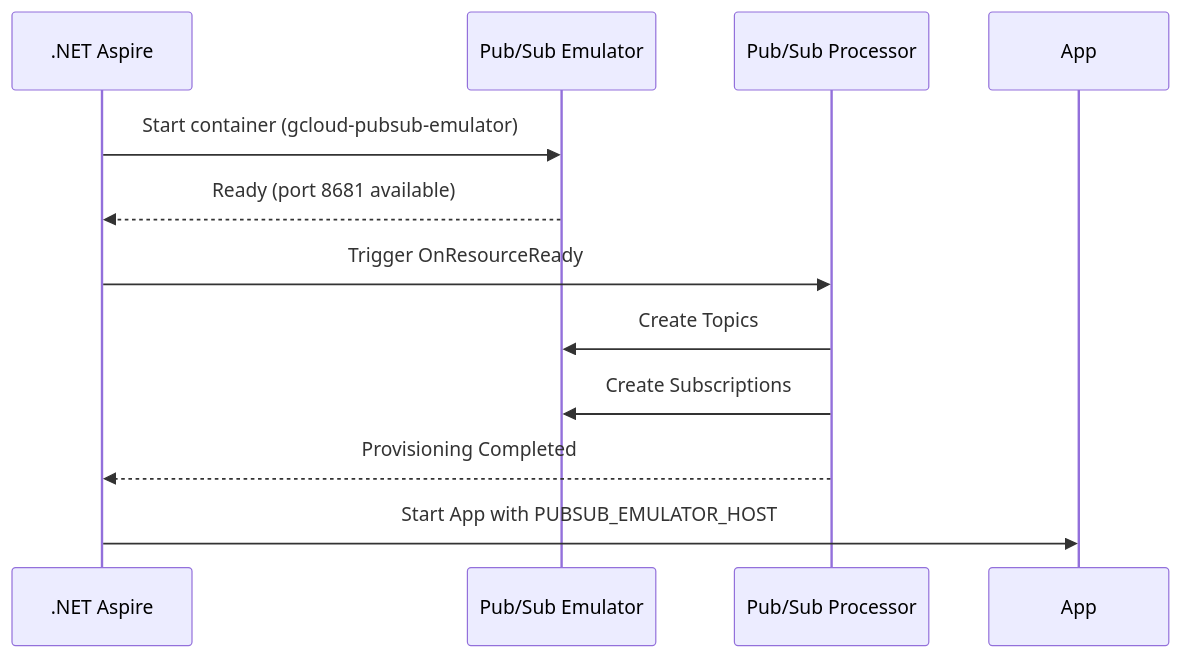
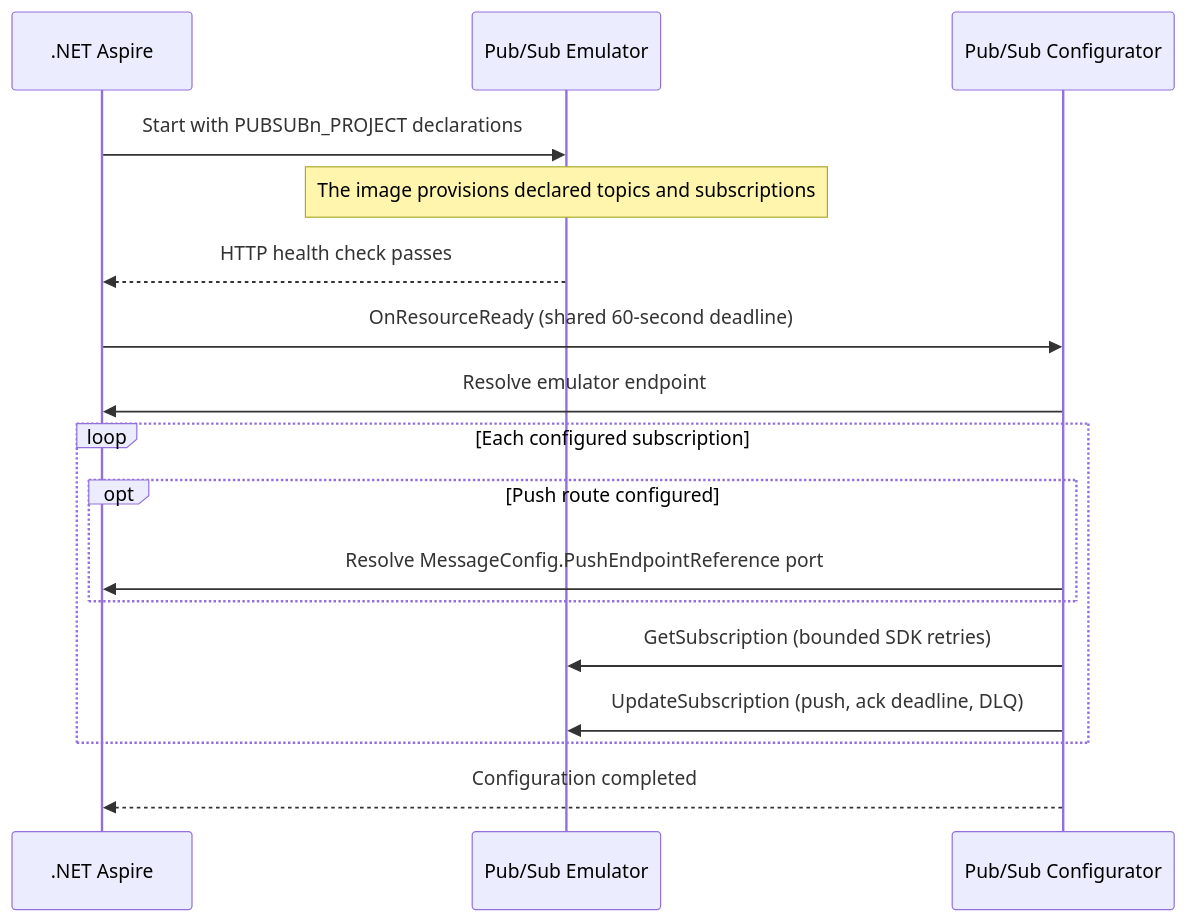
Before and after one commit to Marcus-V-Freitas/MVFC.Aspire.Helpers: the second of 2 diagrams in src/MVFC.Aspire.Helpers.GcpPubSub/README.md, drawn with Mermaid. The commit also changed other lines of this file and 49 other files, not shown here.

First line of the commit message:
feat: aprimora configuração do Pub/Sub

````diff
--- a/src/MVFC.Aspire.Helpers.GcpPubSub/README.md
+++ b/src/MVFC.Aspire.Helpers.GcpPubSub/README.md
@@ -163,14 +198,20 @@
 ```mermaid
 sequenceDiagram
     participant Aspire as .NET Aspire
     participant Container as Pub/Sub Emulator
-    participant Configurator as Pub/Sub Processor
-    
-    Aspire->>Container: Start container (gcloud-pubsub-emulator)
-    Container-->>Aspire: Ready (port 8681 available)
-    Aspire->>Configurator: Trigger OnResourceReady
-    Configurator->>Container: Create Topics
-    Configurator->>Container: Create Subscriptions
-    Configurator-->>Aspire: Provisioning Completed
-    Aspire->>App: Start App with PUBSUB_EMULATOR_HOST
+    participant Configurator as Pub/Sub Configurator
+
+    Aspire->>Container: Start with PUBSUBn_PROJECT declarations
+    Note over Container: The image provisions declared topics and subscriptions
+    Container-->>Aspire: HTTP health check passes
+    Aspire->>Configurator: OnResourceReady (shared 60-second deadline)
+    Configurator->>Aspire: Resolve emulator endpoint
+    loop Each configured subscription
+        opt Push route configured
+            Configurator->>Aspire: Resolve MessageConfig.PushEndpointReference port
+        end
+        Configurator->>Container: GetSubscription (bounded SDK retries)
+        Configurator->>Container: UpdateSubscription (push, ack deadline, DLQ)
+    end
+    Configurator-->>Aspire: Configuration completed
 ```
````
